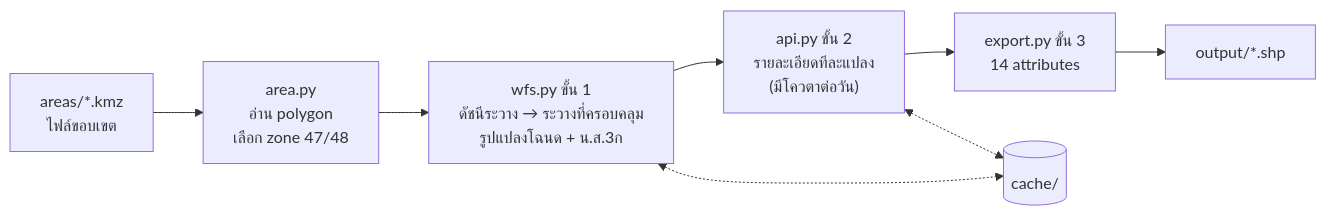
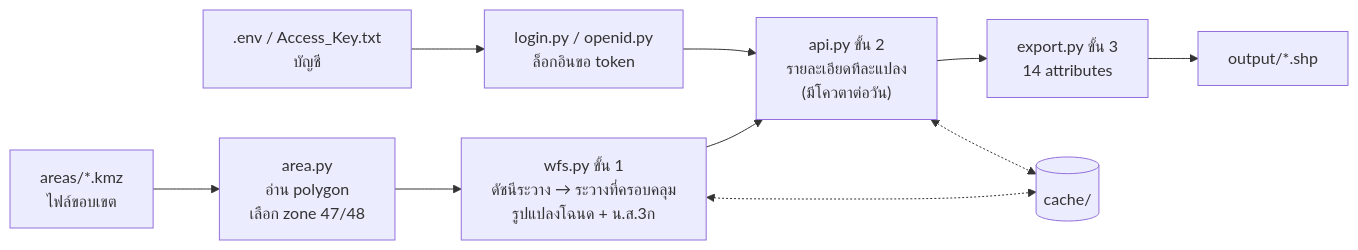
The diagram in README.md (ParqeJ/LandParcels), drawn with Mermaid before and after one commit. The commit also changed other lines of this file and 9 other files, not shown here.

````diff
--- a/README.md
+++ b/README.md
@@ -284,10 +339,12 @@
 ```mermaid
 flowchart LR
+    L[".env / Access_Key.txt<br/>บัญชี"] --> T["login.py / openid.py<br/>ล็อกอินขอ token"]
+    T --> D
     A["areas/*.kmz<br/>ไฟล์ขอบเขต"] --> B["area.py<br/>อ่าน polygon<br/>เลือก zone 47/48"]
     B --> C["wfs.py ขั้น 1<br/>ดัชนีระวาง → ระวางที่ครอบคลุม<br/>รูปแปลงโฉนด + น.ส.3ก"]
     C --> D["api.py ขั้น 2<br/>รายละเอียดทีละแปลง<br/>(มีโควตาต่อวัน)"]
     D --> E["export.py ขั้น 3<br/>14 attributes"]
     E --> F["output/*.shp"]
     C <-.-> G[("cache/")]
     D <-.-> G
 ```
````
